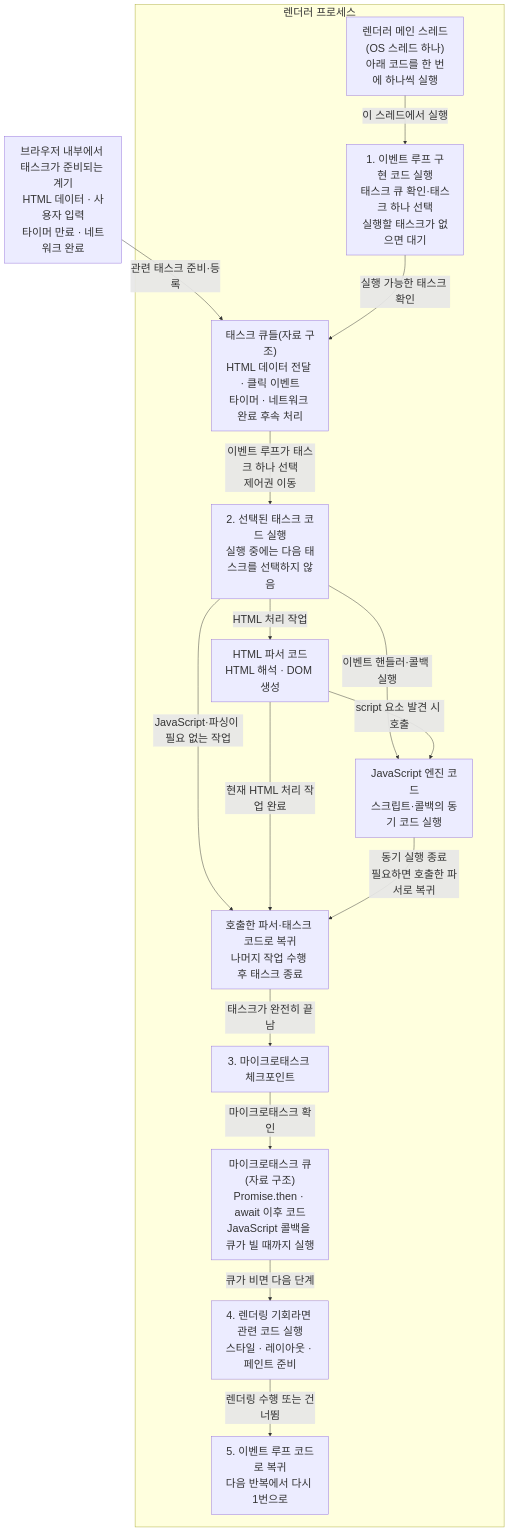
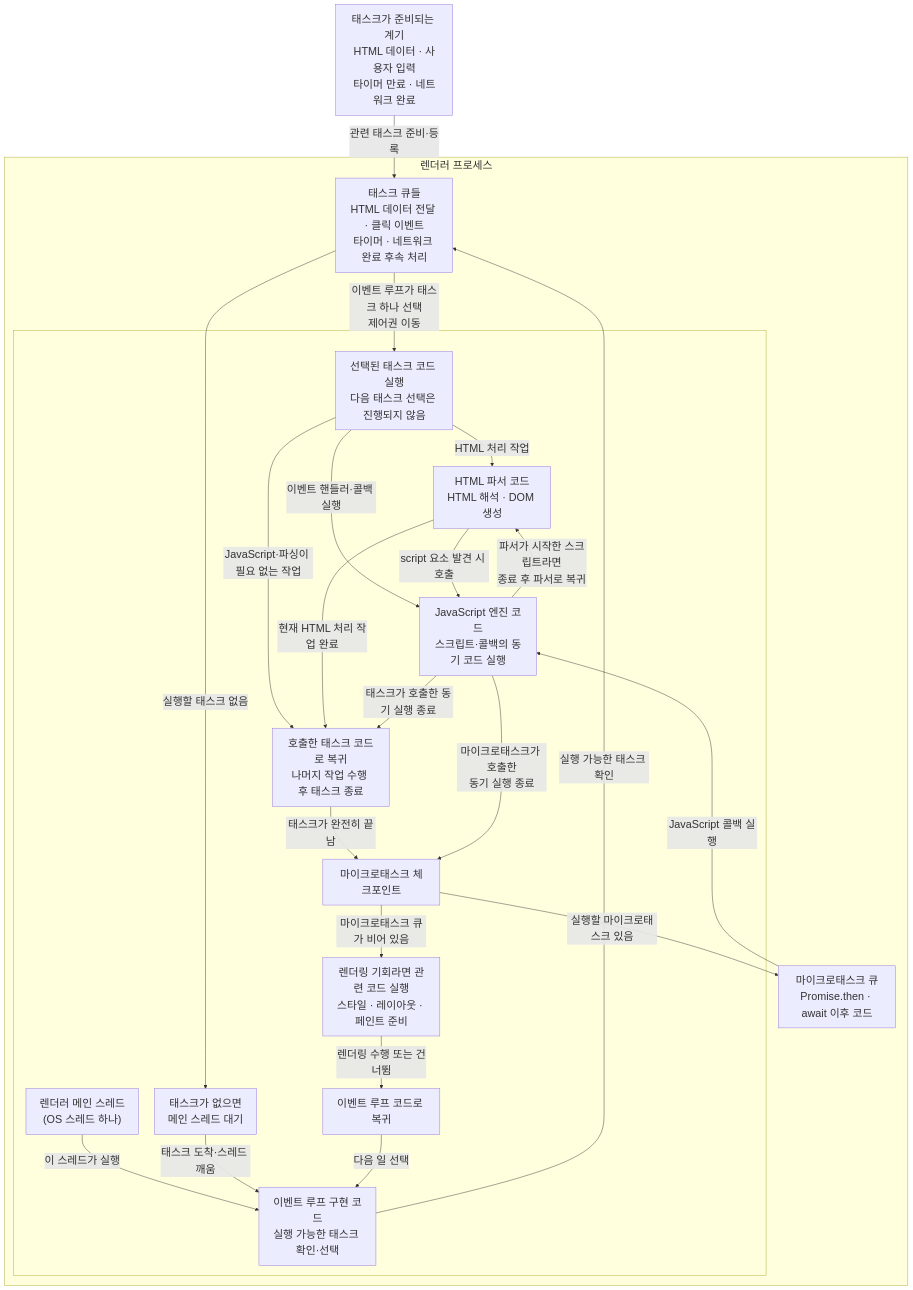
One commit to lee-gimoon/futures-paper-trading changed the second of 2 diagrams in docs/frontend-study/06-main-thread-call-stack-and-event-loop.md. Above: the diagram before and after it, drawn with Mermaid. The commit also changed other lines of this file, not shown here.

Commit message:
docs: restore detailed event loop flow

````diff
--- a/docs/frontend-study/06-main-thread-call-stack-and-event-loop.md
+++ b/docs/frontend-study/06-main-thread-call-stack-and-event-loop.md
@@ -53,34 +53,44 @@
 ```mermaid
-%%{init: {"themeVariables": {"fontSize": "24px"}, "flowchart": {"nodeSpacing": 40, "rankSpacing": 55}}}%%
+%%{init: {"themeVariables": {"fontSize": "24px"}, "flowchart": {"nodeSpacing": 35, "rankSpacing": 45, "subGraphTitleMargin": {"top": 0, "bottom": 24}}}}%%
 flowchart TB
-  SOURCES["브라우저 내부에서 태스크가 준비되는 계기<br/>HTML 데이터 · 사용자 입력<br/>타이머 만료 · 네트워크 완료"]
+  SOURCES["태스크가 준비되는 계기<br/>HTML 데이터 · 사용자 입력<br/>타이머 만료 · 네트워크 완료"]
 
   subgraph RENDERER["렌더러 프로세스"]
-    THREAD["렌더러 메인 스레드<br/>(OS 스레드 하나)<br/>아래 코드를 한 번에 하나씩 실행"]
-    EL["1. 이벤트 루프 구현 코드 실행<br/>태스크 큐 확인·태스크 하나 선택<br/>실행할 태스크가 없으면 대기"]
-    TQ["태스크 큐들(자료 구조)<br/>HTML 데이터 전달 · 클릭 이벤트<br/>타이머 · 네트워크 완료 후속 처리"]
-    TASK["2. 선택된 태스크 코드 실행<br/>실행 중에는 다음 태스크를 선택하지 않음"]
-    PARSER["HTML 파서 코드<br/>HTML 해석 · DOM 생성"]
-    JS["JavaScript 엔진 코드<br/>스크립트·콜백의 동기 코드 실행"]
-    TASK_RETURN["호출한 파서·태스크 코드로 복귀<br/>나머지 작업 수행 후 태스크 종료"]
-    CHECK["3. 마이크로태스크 체크포인트"]
-    MQ["마이크로태스크 큐(자료 구조)<br/>Promise.then · await 이후 코드<br/>JavaScript 콜백을 큐가 빌 때까지 실행"]
-    RENDER["4. 렌더링 기회라면 관련 코드 실행<br/>스타일 · 레이아웃 · 페인트 준비"]
-    RETURN["5. 이벤트 루프 코드로 복귀<br/>다음 반복에서 다시 1번으로"]
+    TQ["태스크 큐들<br/>HTML 데이터 전달 · 클릭 이벤트<br/>타이머 · 네트워크 완료 후속 처리"]
+    MQ["마이크로태스크 큐<br/>Promise.then · await 이후 코드"]
+
+    subgraph MAIN[" "]
+      THREAD["렌더러 메인 스레드<br/>(OS 스레드 하나)"]
+      EL["이벤트 루프 구현 코드<br/>실행 가능한 태스크 확인·선택"]
+      WAIT["태스크가 없으면<br/>메인 스레드 대기"]
+      TASK["선택된 태스크 코드 실행<br/>다음 태스크 선택은 진행되지 않음"]
+      PARSER["HTML 파서 코드<br/>HTML 해석 · DOM 생성"]
+      JS["JavaScript 엔진 코드<br/>스크립트·콜백의 동기 코드 실행"]
+      TASK_RETURN["호출한 태스크 코드로 복귀<br/>나머지 작업 수행 후 태스크 종료"]
+      CHECK["마이크로태스크 체크포인트"]
+      RENDER["렌더링 기회라면 관련 코드 실행<br/>스타일 · 레이아웃 · 페인트 준비"]
+      RETURN["이벤트 루프 코드로 복귀"]
+    end
   end
 
   SOURCES -->|"관련 태스크 준비·등록"| TQ
-  THREAD -->|"이 스레드에서 실행"| EL
+  THREAD -->|"이 스레드가 실행"| EL
   EL -->|"실행 가능한 태스크 확인"| TQ
+  TQ -->|"실행할 태스크 없음"| WAIT
+  WAIT -->|"태스크 도착·스레드 깨움"| EL
   TQ -->|"이벤트 루프가 태스크 하나 선택<br/>제어권 이동"| TASK
   TASK -->|"HTML 처리 작업"| PARSER
   TASK -->|"이벤트 핸들러·콜백 실행"| JS
   TASK -->|"JavaScript·파싱이 필요 없는 작업"| TASK_RETURN
   PARSER -->|"script 요소 발견 시 호출"| JS
+  JS -->|"파서가 시작한 스크립트라면<br/>종료 후 파서로 복귀"| PARSER
   PARSER -->|"현재 HTML 처리 작업 완료"| TASK_RETURN
-  JS -->|"동기 실행 종료<br/>필요하면 호출한 파서로 복귀"| TASK_RETURN
+  JS -->|"태스크가 호출한 동기 실행 종료"| TASK_RETURN
   TASK_RETURN -->|"태스크가 완전히 끝남"| CHECK
-  CHECK -->|"마이크로태스크 확인"| MQ
-  MQ -->|"큐가 비면 다음 단계"| RENDER
+  CHECK -->|"실행할 마이크로태스크 있음"| MQ
+  MQ -->|"JavaScript 콜백 실행"| JS
+  JS -->|"마이크로태스크가 호출한<br/>동기 실행 종료"| CHECK
+  CHECK -->|"마이크로태스크 큐가 비어 있음"| RENDER
   RENDER -->|"렌더링 수행 또는 건너뜀"| RETURN
+  RETURN -->|"다음 일 선택"| EL
 ```
````
